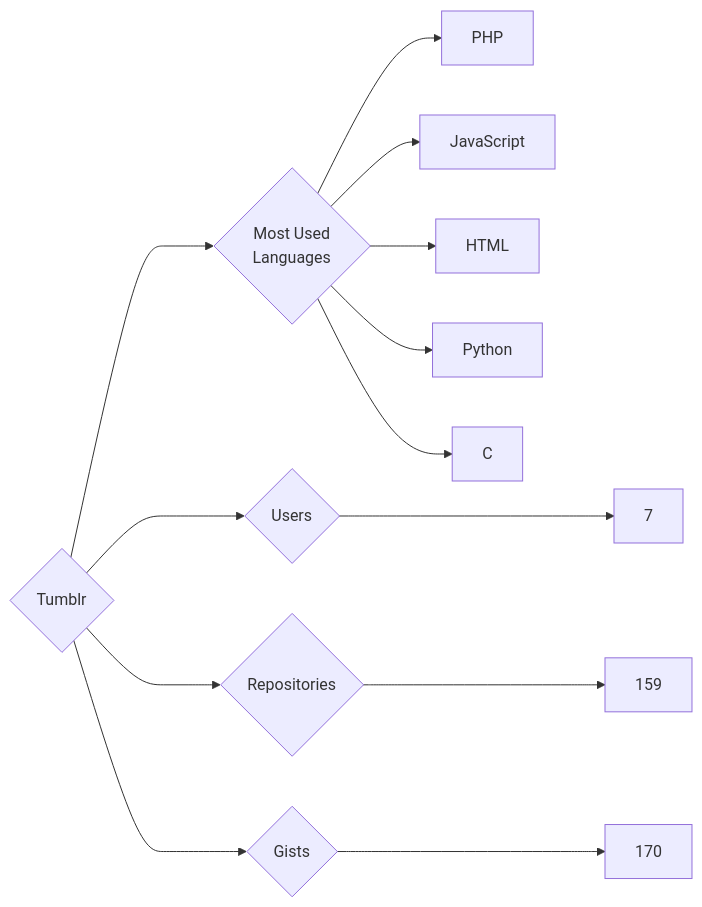
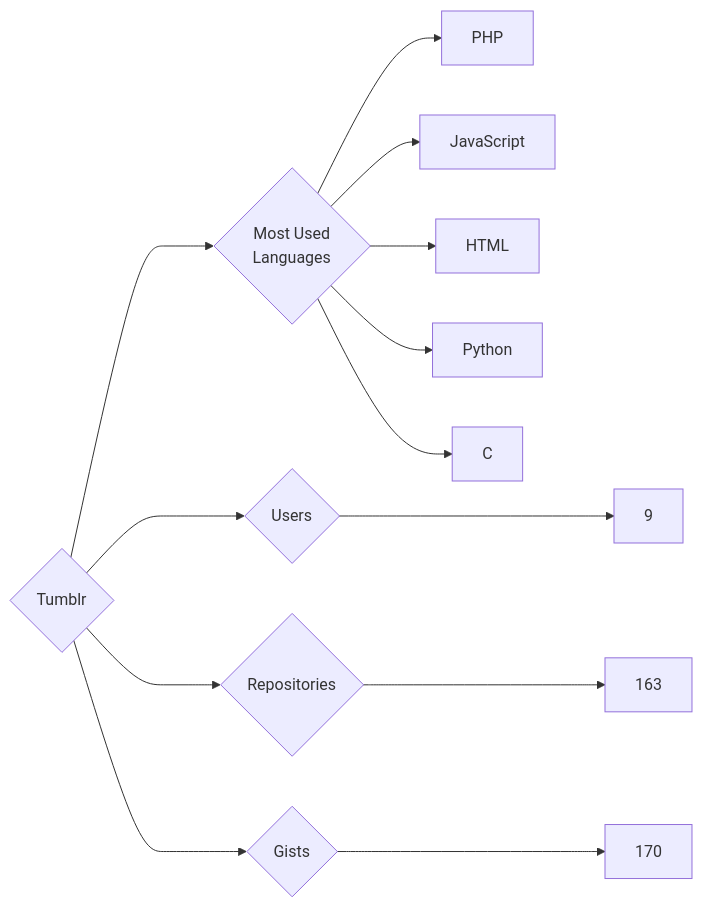
The diagram in targets/Tumblr/README.md (trickest/insiders), drawn with Mermaid before and after one commit. The commit also changed 898 other files, not shown here.

````diff
--- a/targets/Tumblr/README.md
+++ b/targets/Tumblr/README.md
@@ -3,13 +3,13 @@
 ```mermaid
 graph LR
 COMPANY_NAME{Tumblr}
-COMPANY_NAME ---> U{Users} ---> UN[7]
-COMPANY_NAME ---> R{Repositories} ---> RN[159]
+COMPANY_NAME ---> U{Users} ---> UN[9]
+COMPANY_NAME ---> R{Repositories} ---> RN[163]
 COMPANY_NAME ---> G{Gists} ---> GN[170]
 COMPANY_NAME ---> ML{Most Used<br>Languages}
 ML --> PHP[PHP]
 ML --> JavaScript[JavaScript]
 ML --> HTML[HTML]
 ML --> Python[Python]
 ML --> C[C]
 ```
````
